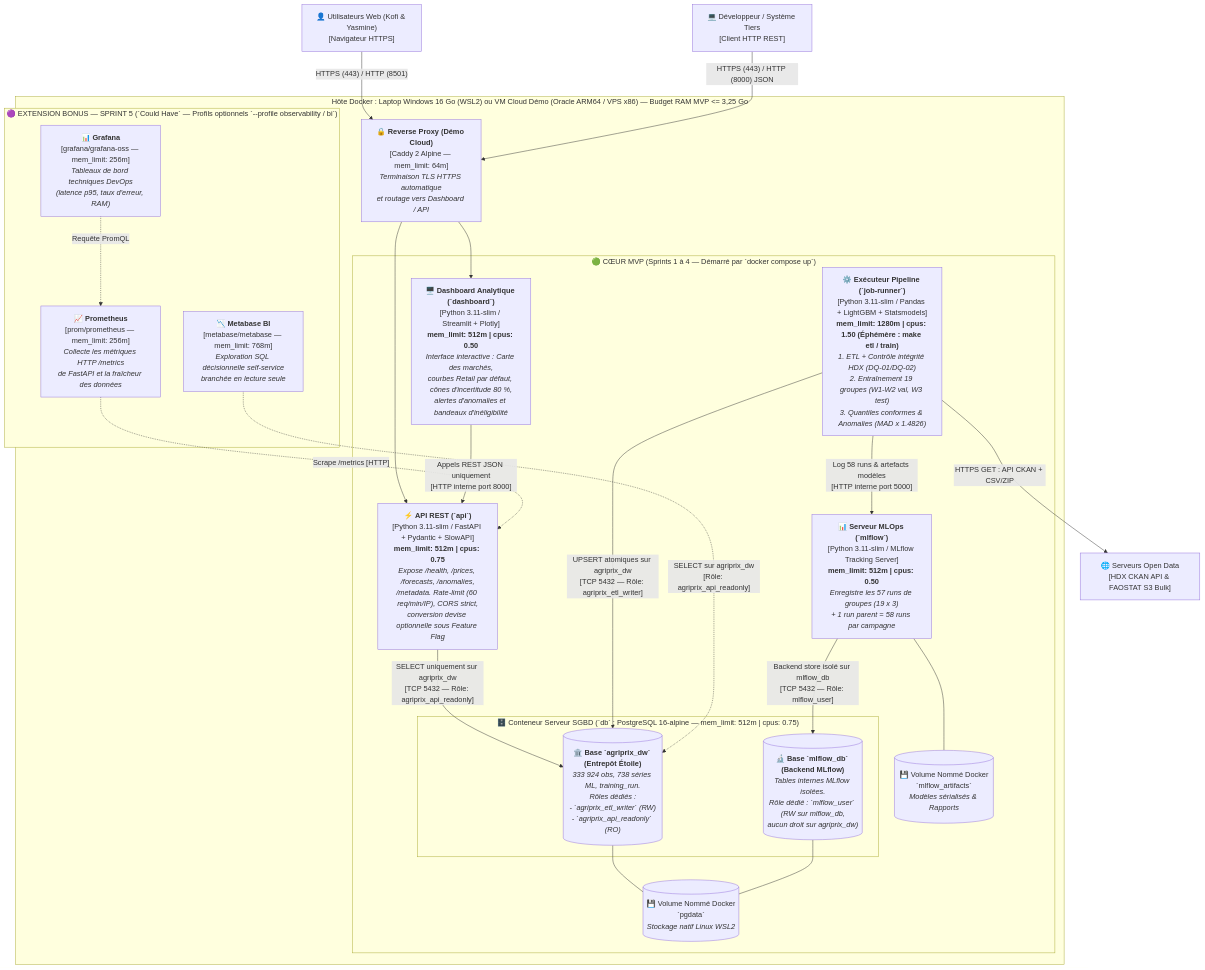
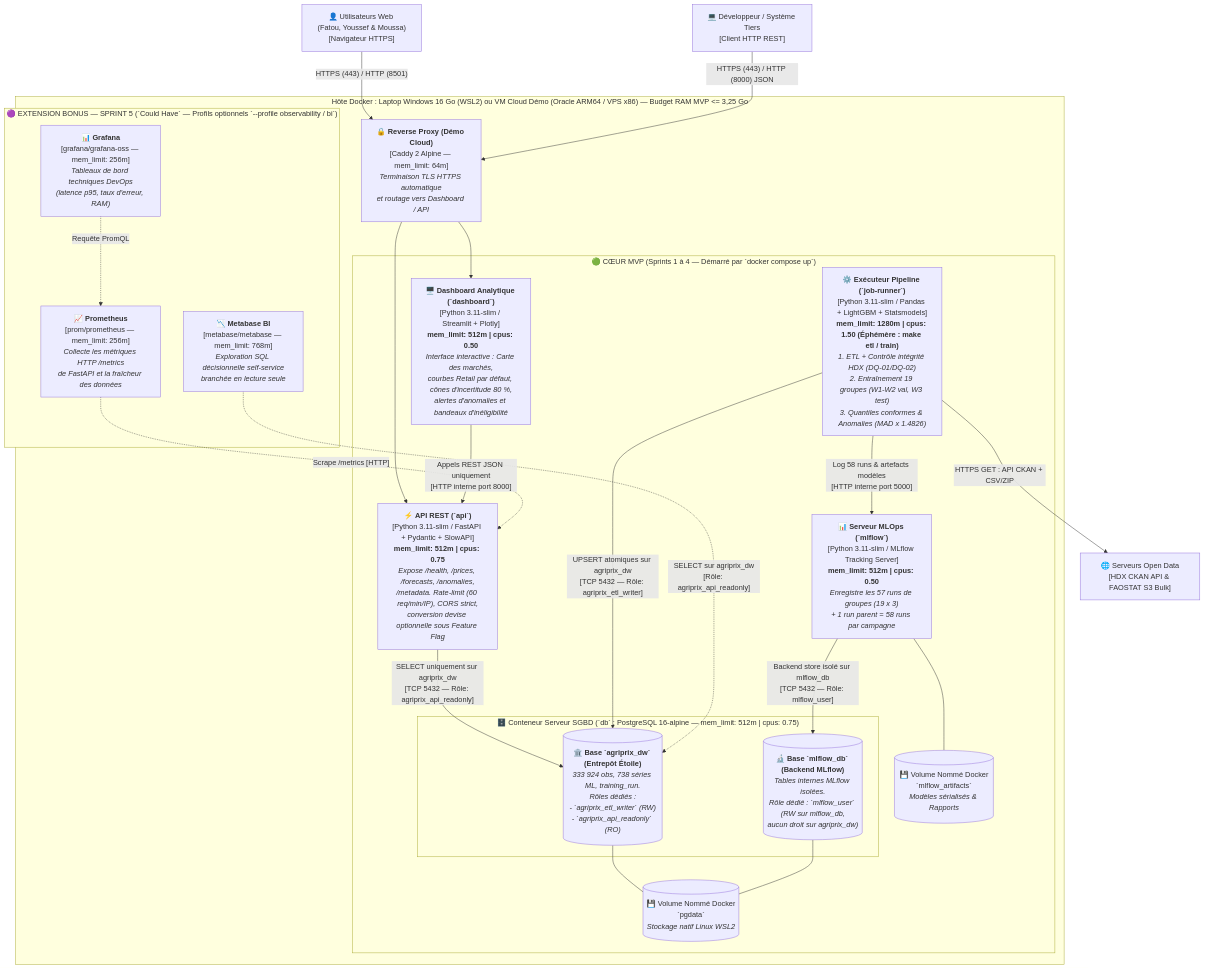
The second of 2 diagrams in docs/diagrams/07-architecture-c4.md (Oahmad228/AgriPrix), drawn with Mermaid before and after one commit. The commit also changed other lines of this file and 24 other files, not shown here.

````diff
--- a/docs/diagrams/07-architecture-c4.md
+++ b/docs/diagrams/07-architecture-c4.md
@@ -48,62 +50,62 @@
 ```mermaid
 flowchart TB
     %% Acteurs externes
-    UserWeb["👤 Utilisateurs Web (Kofi & Yasmine)<br/>[Navigateur HTTPS]"]
+    UserWeb["👤 Utilisateurs Web (Fatou, Youssef & Moussa)<br/>[Navigateur HTTPS]"]
     ClientAPI["💻 Développeur / Système Tiers<br/>[Client HTTP REST]"]
     ExtData["🌐 Serveurs Open Data<br/>[HDX CKAN API & FAOSTAT S3 Bulk]"]
 
     subgraph HostBoundary ["Hôte Docker : Laptop Windows 16 Go (WSL2) ou VM Cloud Démo (Oracle ARM64 / VPS x86) — Budget RAM MVP <= 3,25 Go"]
         
         %% Proxy Frontal (Démo Publique Sprint 4)
         Proxy["🔒 <b>Reverse Proxy (Démo Cloud)</b><br/>[Caddy 2 Alpine — mem_limit: 64m]<br/><i>Terminaison TLS HTTPS automatique<br/>et routage vers Dashboard / API</i>"]
 
         subgraph MVPBoundary ["🟢 CŒUR MVP (Sprints 1 à 4 — Démarré par `docker compose up`)"]
             
             UI["🖥️ <b>Dashboard Analytique (`dashboard`)</b><br/>[Python 3.11-slim / Streamlit + Plotly]<br/><b>mem_limit: 512m | cpus: 0.50</b><br/><i>Interface interactive : Carte des marchés,<br/>courbes Retail par défaut, cônes d'incertitude 80 %,<br/>alertes d'anomalies et bandeaux d'inéligibilité</i>"]
 
             API["⚡ <b>API REST (`api`)</b><br/>[Python 3.11-slim / FastAPI + Pydantic + SlowAPI]<br/><b>mem_limit: 512m | cpus: 0.75</b><br/><i>Expose /health, /prices, /forecasts, /anomalies,<br/>/metadata. Rate-limit (60 req/min/IP), CORS strict,<br/>conversion devise optionnelle sous Feature Flag</i>"]
 
             JobRunner["⚙️ <b>Exécuteur Pipeline (`job-runner`)</b><br/>[Python 3.11-slim / Pandas + LightGBM + Statsmodels]<br/><b>mem_limit: 1280m | cpus: 1.50 (Éphémère : make etl / train)</b><br/><i>1. ETL + Contrôle intégrité HDX (DQ-01/DQ-02)<br/>2. Entraînement 19 groupes (W1-W2 val, W3 test)<br/>3. Quantiles conformes & Anomalies (MAD x 1.4826)</i>"]
 
             subgraph PGContainer ["🗄️ Conteneur Serveur SGBD (`db` : PostgreSQL 16-alpine — mem_limit: 512m | cpus: 0.75)"]
                 DB_DW[("🏛️ <b>Base `agriprix_dw` (Entrepôt Étoile)</b><br/><i>333 924 obs, 738 séries ML, training_run.<br/>Rôles dédiés :<br/>- `agriprix_etl_writer` (RW)<br/>- `agriprix_api_readonly` (RO)</i>")]
                 DB_ML[("🔬 <b>Base `mlflow_db` (Backend MLflow)</b><br/><i>Tables internes MLflow isolées.<br/>Rôle dédié : `mlflow_user` (RW sur mlflow_db,<br/>aucun droit sur agriprix_dw)</i>")]
             end
 
             MLflow["📊 <b>Serveur MLOps (`mlflow`)</b><br/>[Python 3.11-slim / MLflow Tracking Server]<br/><b>mem_limit: 512m | cpus: 0.50</b><br/><i>Enregistre les 57 runs de groupes (19 x 3)<br/>+ 1 run parent = 58 runs par campagne</i>"]
 
             VolPG[("💾 Volume Nommé Docker<br/>`pgdata`<br/><i>Stockage natif Linux WSL2</i>")]
             VolML[("💾 Volume Nommé Docker<br/>`mlflow_artifacts`<br/><i>Modèles sérialisés & Rapports</i>")]
         end
 
         subgraph BonusBoundary ["🟣 EXTENSION BONUS — SPRINT 5 (`Could Have` — Profils optionnels `--profile observability / bi`)"]
             Prom["📈 <b>Prometheus</b><br/>[prom/prometheus — mem_limit: 256m]<br/><i>Collecte les métriques HTTP /metrics<br/>de FastAPI et la fraîcheur des données</i>"]
             Graf["📊 <b>Grafana</b><br/>[grafana/grafana-oss — mem_limit: 256m]<br/><i>Tableaux de bord techniques DevOps<br/>(latence p95, taux d'erreur, RAM)</i>"]
             Meta["📉 <b>Metabase BI</b><br/>[metabase/metabase — mem_limit: 768m]<br/><i>Exploration SQL décisionnelle self-service<br/>branchée en lecture seule</i>"]
         end
     end
 
     %% Relations Utilisateurs & Clients -> Système
     UserWeb -- "HTTPS (443) / HTTP (8501)" --> Proxy
     ClientAPI -- "HTTPS (443) / HTTP (8000) JSON" --> Proxy
     Proxy --> UI
     Proxy --> API
 
     %% Relations internes MVP (Règle stricte : UI -> API -> DB_DW)
     UI -- "Appels REST JSON uniquement<br/>[HTTP interne port 8000]" --> API
     API -- "SELECT uniquement sur agriprix_dw<br/>[TCP 5432 — Rôle: agriprix_api_readonly]" --> DB_DW
 
     JobRunner -- "HTTPS GET : API CKAN + CSV/ZIP" --> ExtData
     JobRunner -- "UPSERT atomiques sur agriprix_dw<br/>[TCP 5432 — Rôle: agriprix_etl_writer]" --> DB_DW
     JobRunner -- "Log 58 runs & artefacts modèles<br/>[HTTP interne port 5000]" --> MLflow
 
     MLflow -- "Backend store isolé sur mlflow_db<br/>[TCP 5432 — Rôle: mlflow_user]" --> DB_ML
     DB_DW --- VolPG
     DB_ML --- VolPG
     MLflow --- VolML
 
     %% Relations Bonus Sprint 5
     Prom -. "Scrape /metrics [HTTP]" .-> API
     Graf -. "Requête PromQL" .-> Prom
     Meta -. "SELECT sur agriprix_dw<br/>[Rôle: agriprix_api_readonly]" .-> DB_DW
 ```
````
